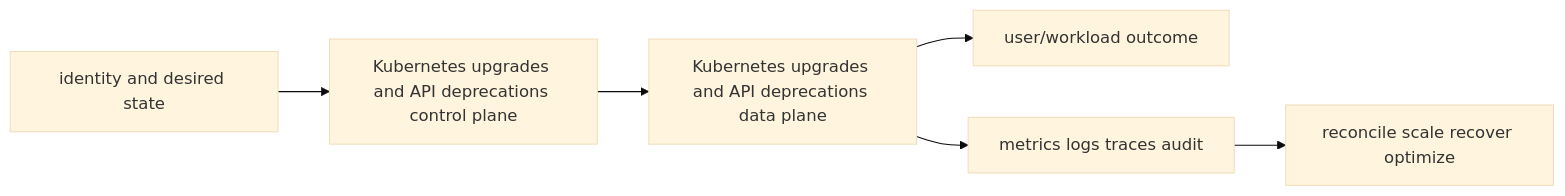
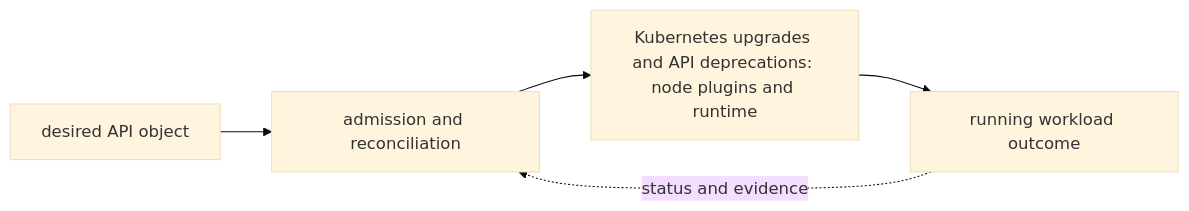
One commit to tomkidumbuyo/DevOps-interview-preparation changed the diagram in 06-kubernetes/08-operations/02-upgrades/README.md. Above: the diagram before and after it, drawn with Mermaid (base theme). The commit also changed other lines of this file and 753 other files, not shown here.

````diff
--- a/06-kubernetes/08-operations/02-upgrades/README.md
+++ b/06-kubernetes/08-operations/02-upgrades/README.md
@@ -19,8 +31,7 @@
 ```mermaid
 flowchart LR
-  I[identity and desired state] --> C[Kubernetes upgrades and API deprecations control plane]
-  C --> D[Kubernetes upgrades and API deprecations data plane]
-  D --> U[user/workload outcome]
-  D --> O[metrics logs traces audit]
-  O --> R[reconcile scale recover optimize]
+  A["desired API object"] --> B["admission and reconciliation"]
+  B --> C["Kubernetes upgrades and API deprecations: node plugins and runtime"]
+  C --> D["running workload outcome"]
+  D -. "status and evidence" .-> B
 ```
````
